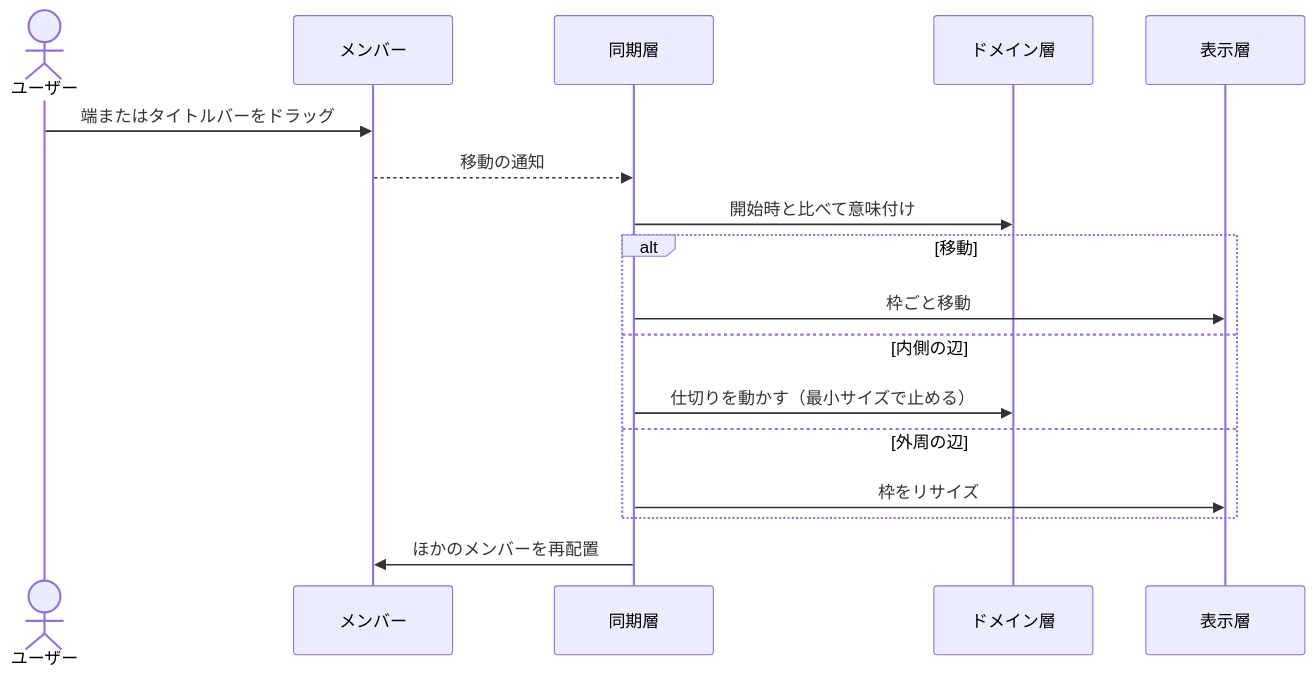
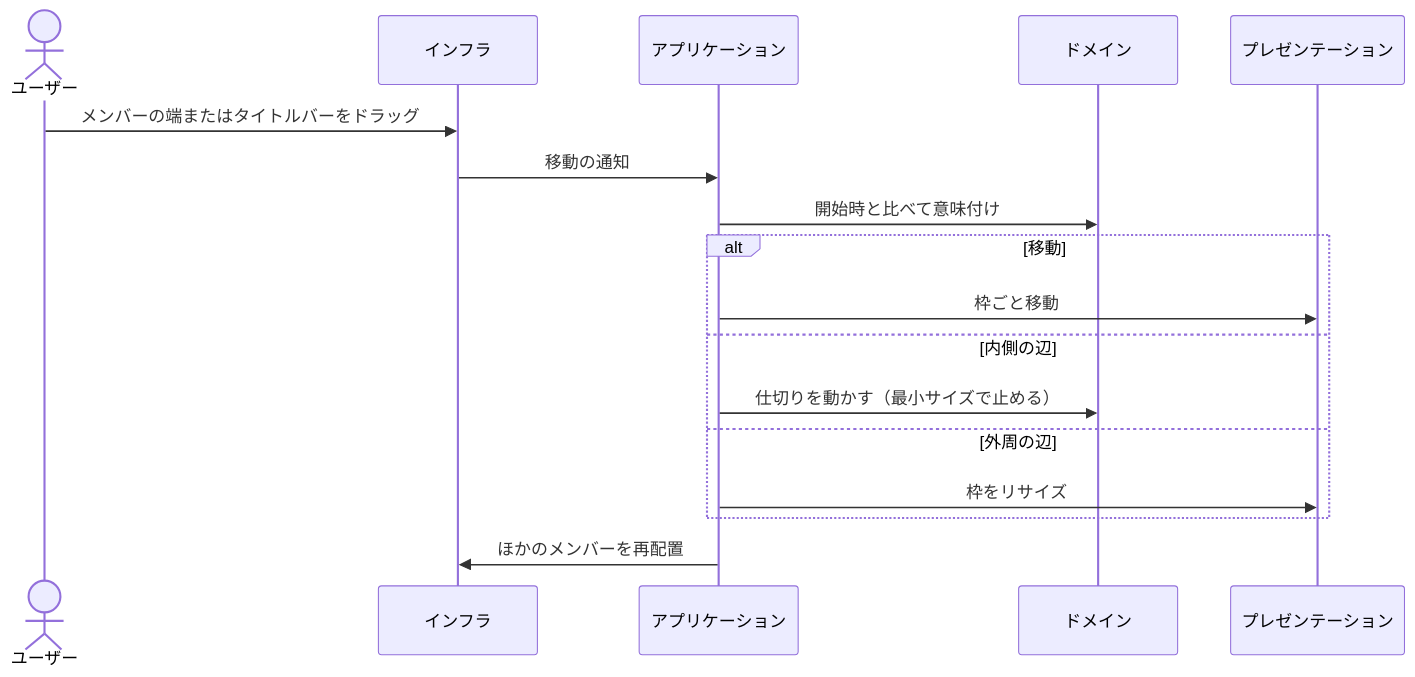
The fifth of 6 diagrams in docs/architecture.md (ntaksh42/dockyard), drawn with Mermaid before and after one commit. The commit also changed other lines of this file, not shown here.

````diff
--- a/docs/architecture.md
+++ b/docs/architecture.md
@@ -125,20 +139,20 @@
 ```mermaid
 sequenceDiagram
     actor U as ユーザー
-    participant W as メンバー
-    participant S as 同期層
-    participant D as ドメイン層
-    participant UI as 表示層
+    participant I as インフラ
+    participant A as アプリケーション
+    participant D as ドメイン
+    participant P as プレゼンテーション
 
-    U->>W: 端またはタイトルバーをドラッグ
-    W-->>S: 移動の通知
-    S->>D: 開始時と比べて意味付け
+    U->>I: メンバーの端またはタイトルバーをドラッグ
+    I->>A: 移動の通知
+    A->>D: 開始時と比べて意味付け
     alt 移動
-        S->>UI: 枠ごと移動
+        A->>P: 枠ごと移動
     else 内側の辺
-        S->>D: 仕切りを動かす（最小サイズで止める）
+        A->>D: 仕切りを動かす（最小サイズで止める）
     else 外周の辺
-        S->>UI: 枠をリサイズ
+        A->>P: 枠をリサイズ
     end
-    S->>W: ほかのメンバーを再配置
+    A->>I: ほかのメンバーを再配置
 ```
````
